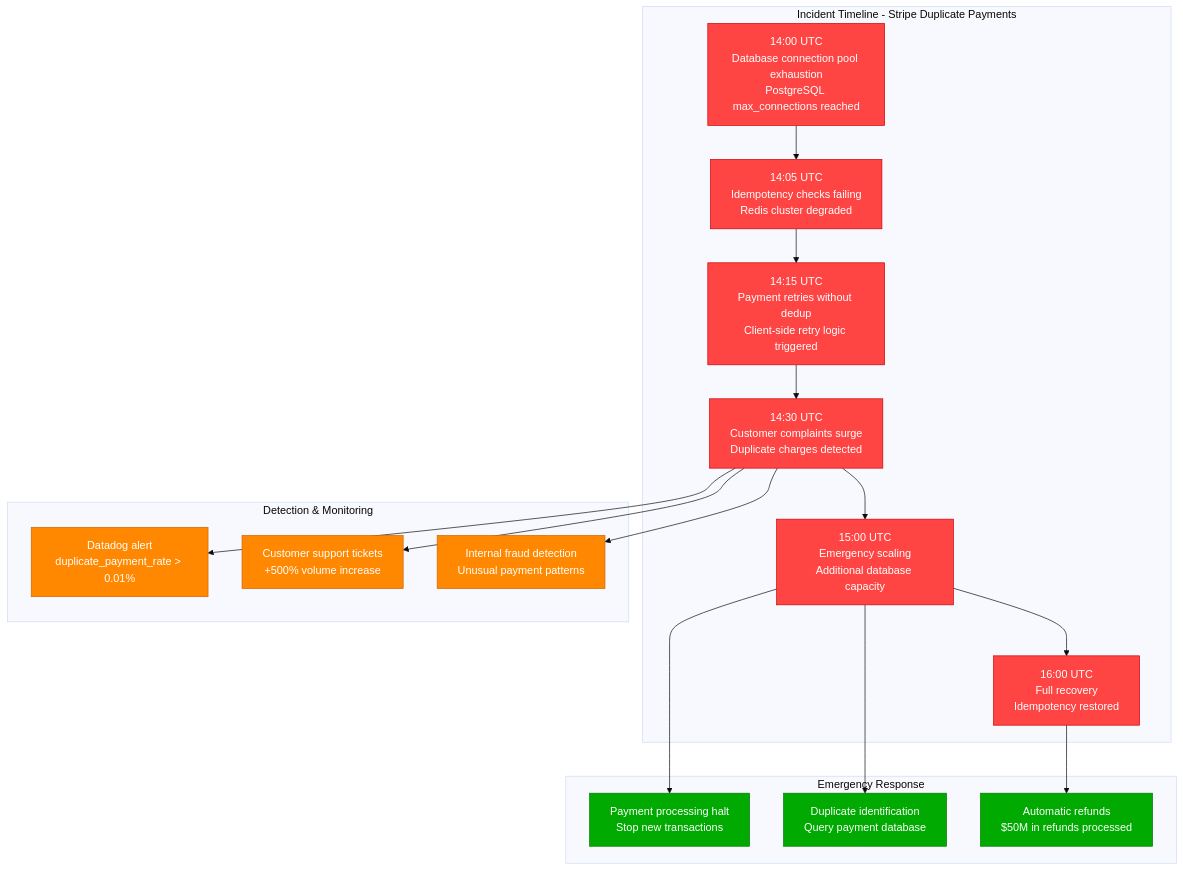
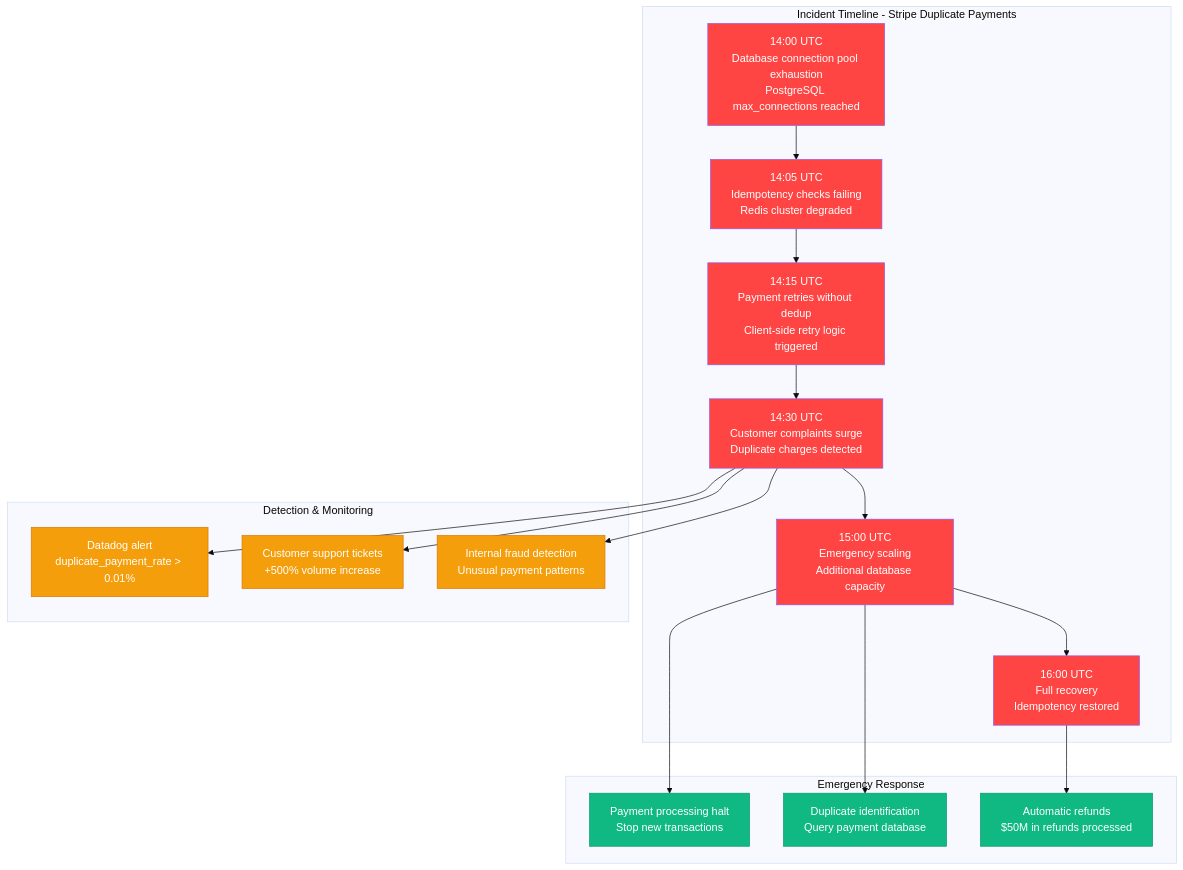
One commit to deepaucksharma/DS changed the tenth of 10 diagrams in site/docs/guarantees/exactly-once/exactly-once-concept.md. Above: the diagram before and after it, drawn with Mermaid (base theme). The commit also changed other lines of this file and 303 other files, not shown here.

````diff
--- a/site/docs/guarantees/exactly-once/exactly-once-concept.md
+++ b/site/docs/guarantees/exactly-once/exactly-once-concept.md
@@ -529,40 +529,40 @@
 ```mermaid
 flowchart TD
     subgraph INCIDENT["Incident Timeline - Stripe Duplicate Payments"]
         T1["14:00 UTC<br/>Database connection pool exhaustion<br/>PostgreSQL max_connections reached"]
         T2["14:05 UTC<br/>Idempotency checks failing<br/>Redis cluster degraded"]
         T3["14:15 UTC<br/>Payment retries without dedup<br/>Client-side retry logic triggered"]
         T4["14:30 UTC<br/>Customer complaints surge<br/>Duplicate charges detected"]
         T5["15:00 UTC<br/>Emergency scaling<br/>Additional database capacity"]
         T6["16:00 UTC<br/>Full recovery<br/>Idempotency restored"]
     end
 
     subgraph DETECTION["Detection & Monitoring"]
         M1["Datadog alert<br/>duplicate_payment_rate > 0.01%"]
         M2["Customer support tickets<br/>+500% volume increase"]
         M3["Internal fraud detection<br/>Unusual payment patterns"]
     end
 
     subgraph MITIGATION["Emergency Response"]
         R1["Payment processing halt<br/>Stop new transactions"]
         R2["Duplicate identification<br/>Query payment database"]
         R3["Automatic refunds<br/>$50M in refunds processed"]
     end
 
     T1 --> T2 --> T3 --> T4 --> T5 --> T6
     T4 --> M1
     T4 --> M2
     T4 --> M3
     T5 --> R1
     T5 --> R2
     T6 --> R3
 
     %% Incident response colors
-    classDef incident fill:#FF4444,stroke:#CC0000,color:#fff
-    classDef detection fill:#FF8800,stroke:#CC6600,color:#fff
-    classDef mitigation fill:#00AA00,stroke:#007700,color:#fff
+    classDef incident fill:#FF4444,stroke:#8B5CF6,color:#fff
+    classDef detection fill:#F59E0B,stroke:#D97706,color:#fff
+    classDef mitigation fill:#10B981,stroke:#059669,color:#fff
 
     class T1,T2,T3,T4,T5,T6 incident
     class M1,M2,M3 detection
     class R1,R2,R3 mitigation
 ```
````
